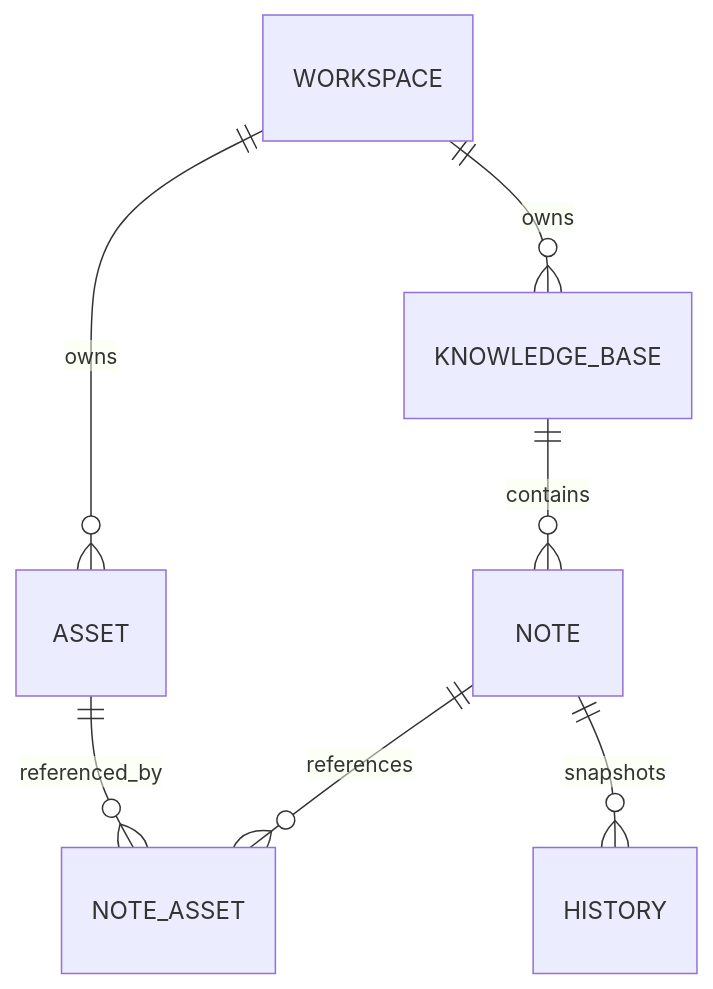
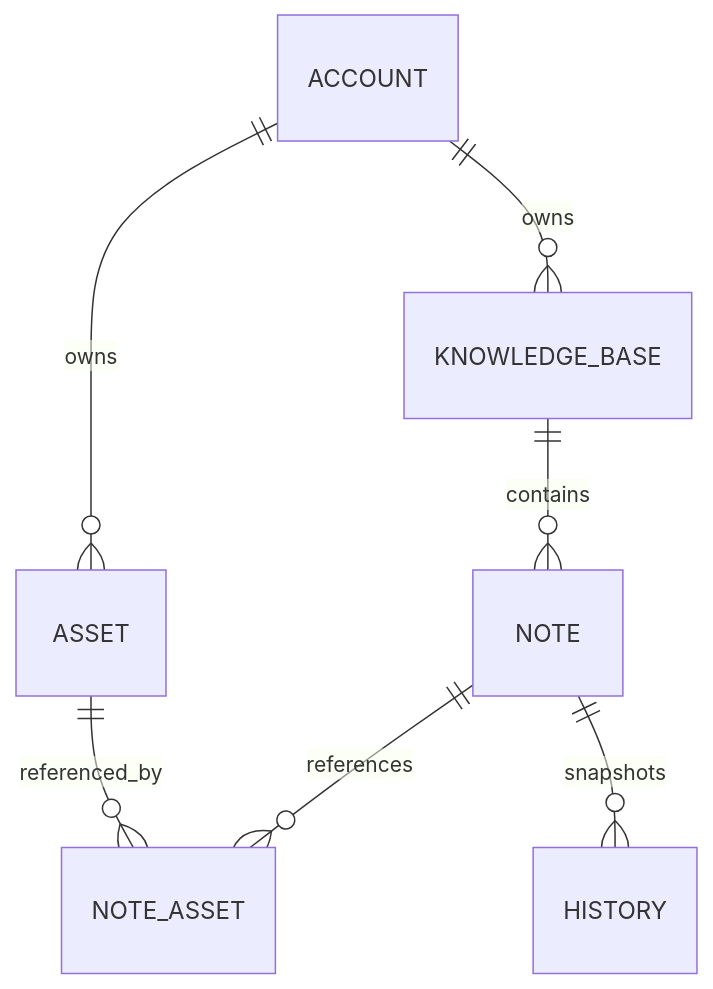
One commit to EmiyaredA/Future-Props-Lab changed the diagram in web/src/features/thought-workshop/official/content/technical/data-model.md. Above: the diagram before and after it, drawn with Mermaid. The commit also changed other lines of this file and 721 other files, not shown here.

````diff
--- a/web/src/features/thought-workshop/official/content/technical/data-model.md
+++ b/web/src/features/thought-workshop/official/content/technical/data-model.md
@@ -23,9 +23,9 @@
 ```mermaid
 erDiagram
-  WORKSPACE ||--o{ KNOWLEDGE_BASE : owns
+  ACCOUNT ||--o{ KNOWLEDGE_BASE : owns
   KNOWLEDGE_BASE ||--o{ NOTE : contains
   NOTE ||--o{ NOTE_ASSET : references
   ASSET ||--o{ NOTE_ASSET : referenced_by
   NOTE ||--o{ HISTORY : snapshots
-  WORKSPACE ||--o{ ASSET : owns
+  ACCOUNT ||--o{ ASSET : owns
 ```
````
